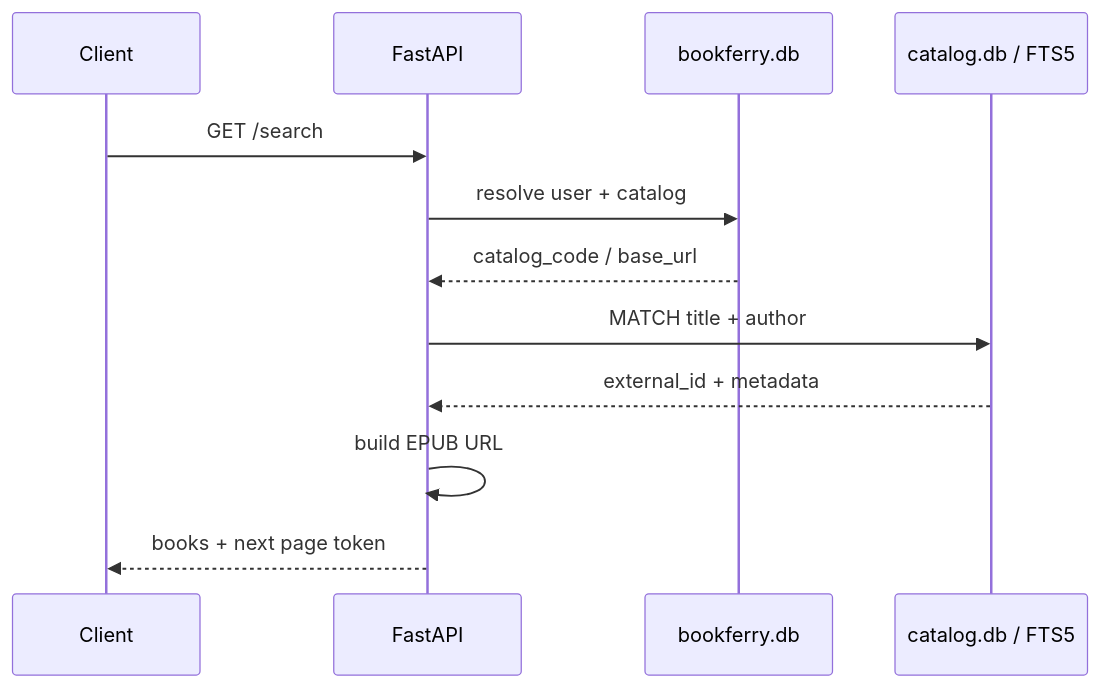
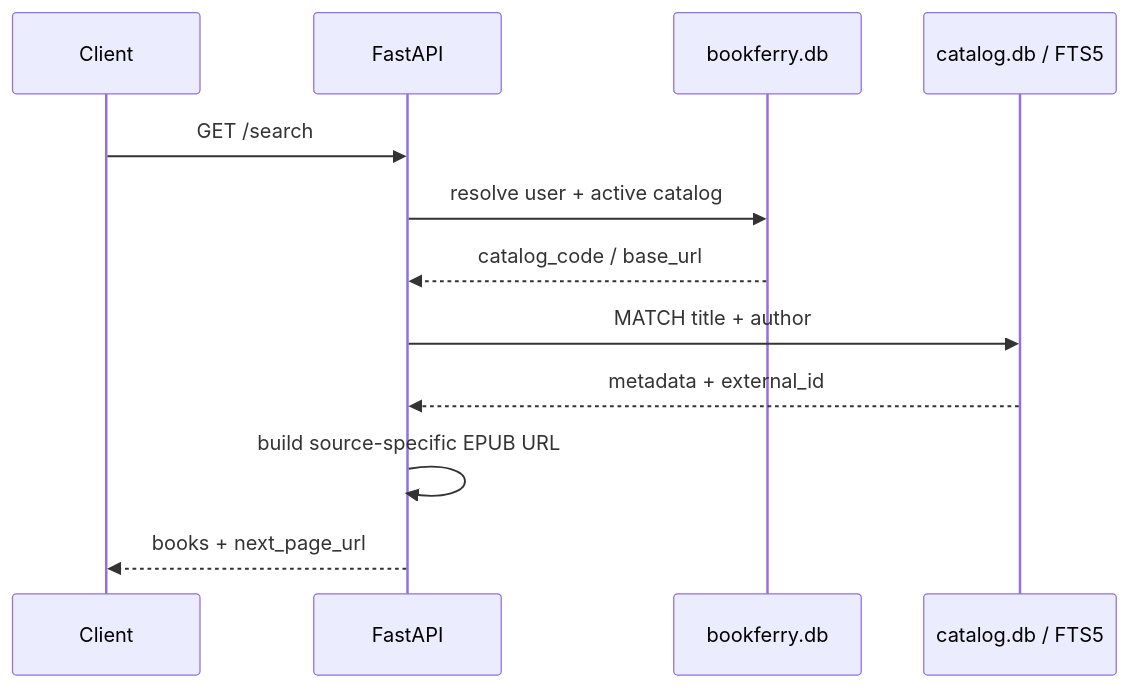
One commit to TerentievKirill/BookFerry changed the second of 5 diagrams in ARCHITECTURE.md. Above: the diagram before and after it, drawn with Mermaid. The commit also changed other lines of this file and 4 other files, not shown here.

````diff
--- a/ARCHITECTURE.md
+++ b/ARCHITECTURE.md
@@ -213,15 +235,15 @@
 ```mermaid
 sequenceDiagram
     participant C as Client
     participant API as FastAPI
     participant U as bookferry.db
     participant FTS as catalog.db / FTS5
 
     C->>API: GET /search
-    API->>U: resolve user + catalog
+    API->>U: resolve user + active catalog
     U-->>API: catalog_code / base_url
     API->>FTS: MATCH title + author
-    FTS-->>API: external_id + metadata
-    API->>API: build EPUB URL
-    API-->>C: books + next page token
+    FTS-->>API: metadata + external_id
+    API->>API: build source-specific EPUB URL
+    API-->>C: books + next_page_url
 ```
````
